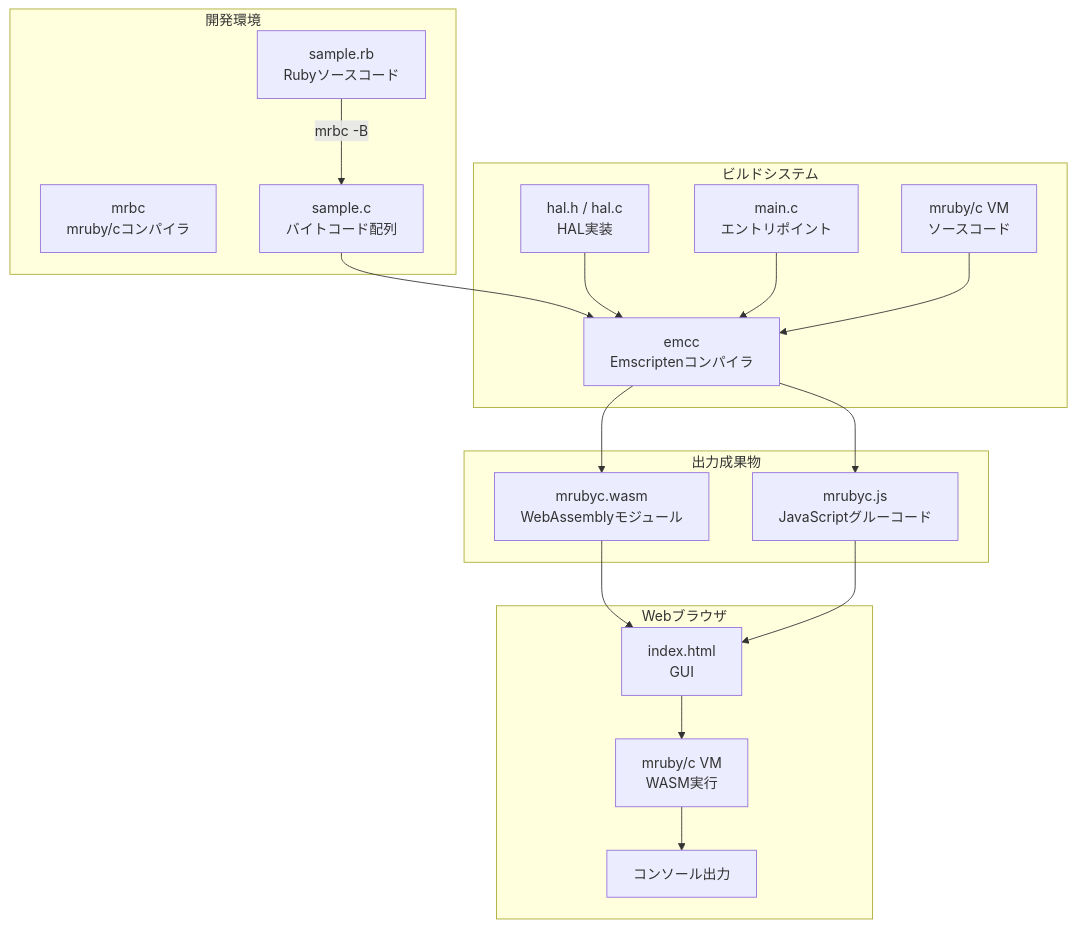
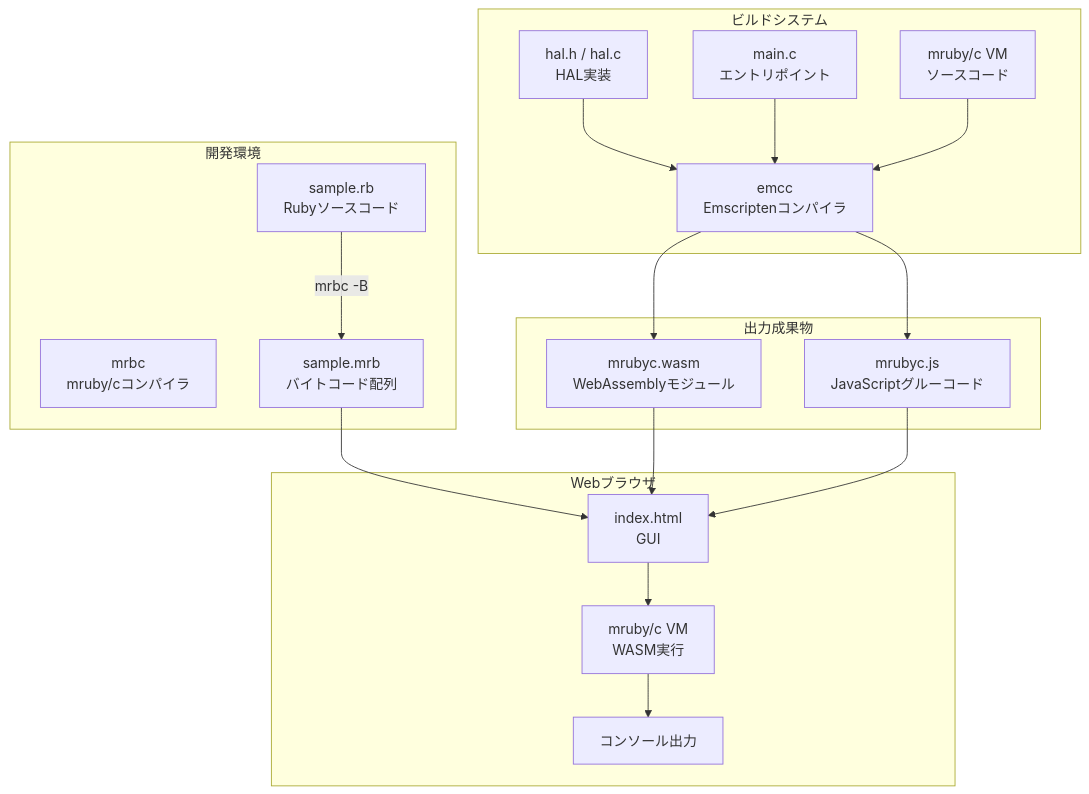
Before and after one commit to uist1idrju3i/study-WebSimulator: the first of 6 diagrams in README.md, drawn with Mermaid. The commit also changed other lines of this file and 3 other files, not shown here.

Commit message:
fix: Rename bytecode file from sample.c to sample.mrb and update references in README.md; modify sample.rb to use puts instead of printf for consistency

````diff
--- a/README.md
+++ b/README.md
@@ -15,39 +15,39 @@
 ```mermaid
 graph TB
     subgraph "開発環境"
         RB[sample.rb<br/>Rubyソースコード]
         MRBC[mrbc<br/>mruby/cコンパイラ]
-        BC[sample.c<br/>バイトコード配列]
+        BC[sample.mrb<br/>バイトコード配列]
     end
     
     subgraph "ビルドシステム"
         HAL[hal.h / hal.c<br/>HAL実装]
         MAIN[main.c<br/>エントリポイント]
         MRUBYC[mruby/c VM<br/>ソースコード]
         EMCC[emcc<br/>Emscriptenコンパイラ]
     end
     
     subgraph "出力成果物"
         WASM[mrubyc.wasm<br/>WebAssemblyモジュール]
         JS[mrubyc.js<br/>JavaScriptグルーコード]
     end
     
     subgraph "Webブラウザ"
         HTML[index.html<br/>GUI]
         RUNTIME[mruby/c VM<br/>WASM実行]
         OUTPUT[コンソール出力]
     end
     
     RB -->|mrbc -B| BC
-    BC --> EMCC
+    BC --> HTML
     HAL --> EMCC
     MAIN --> EMCC
     MRUBYC --> EMCC
     EMCC --> WASM
     EMCC --> JS
     
     WASM --> HTML
     JS --> HTML
     HTML --> RUNTIME
     RUNTIME --> OUTPUT
 ```
````
